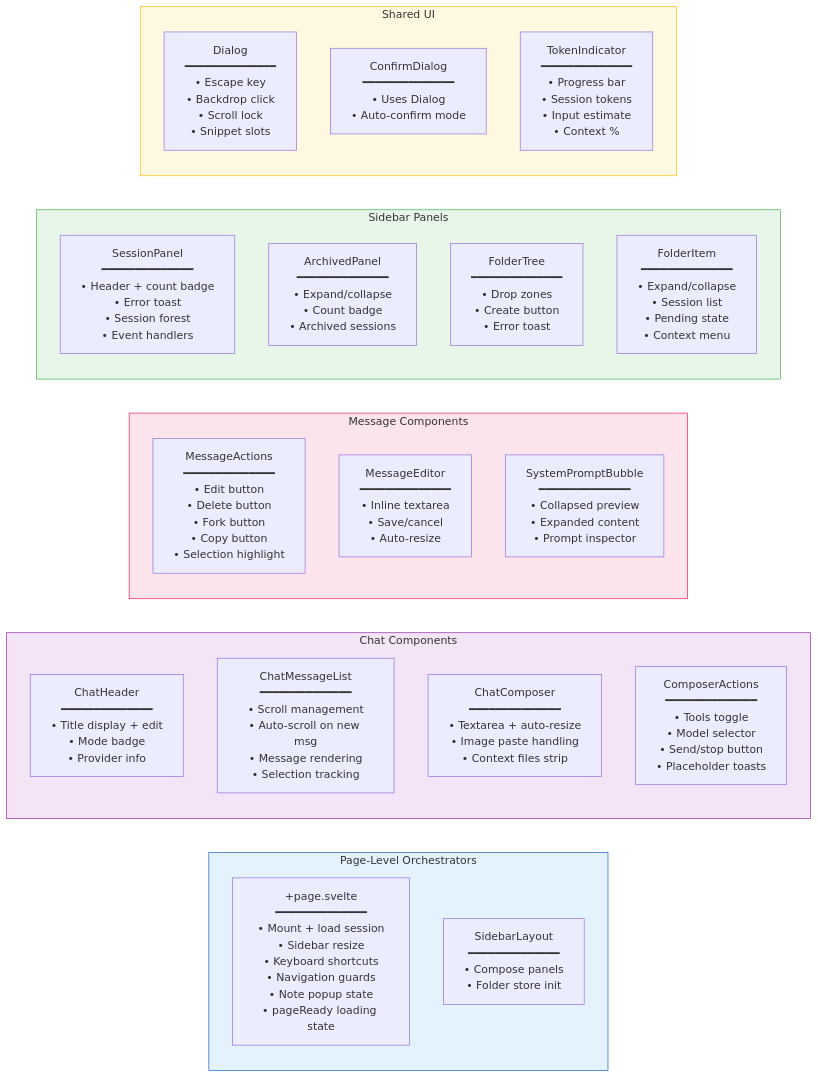
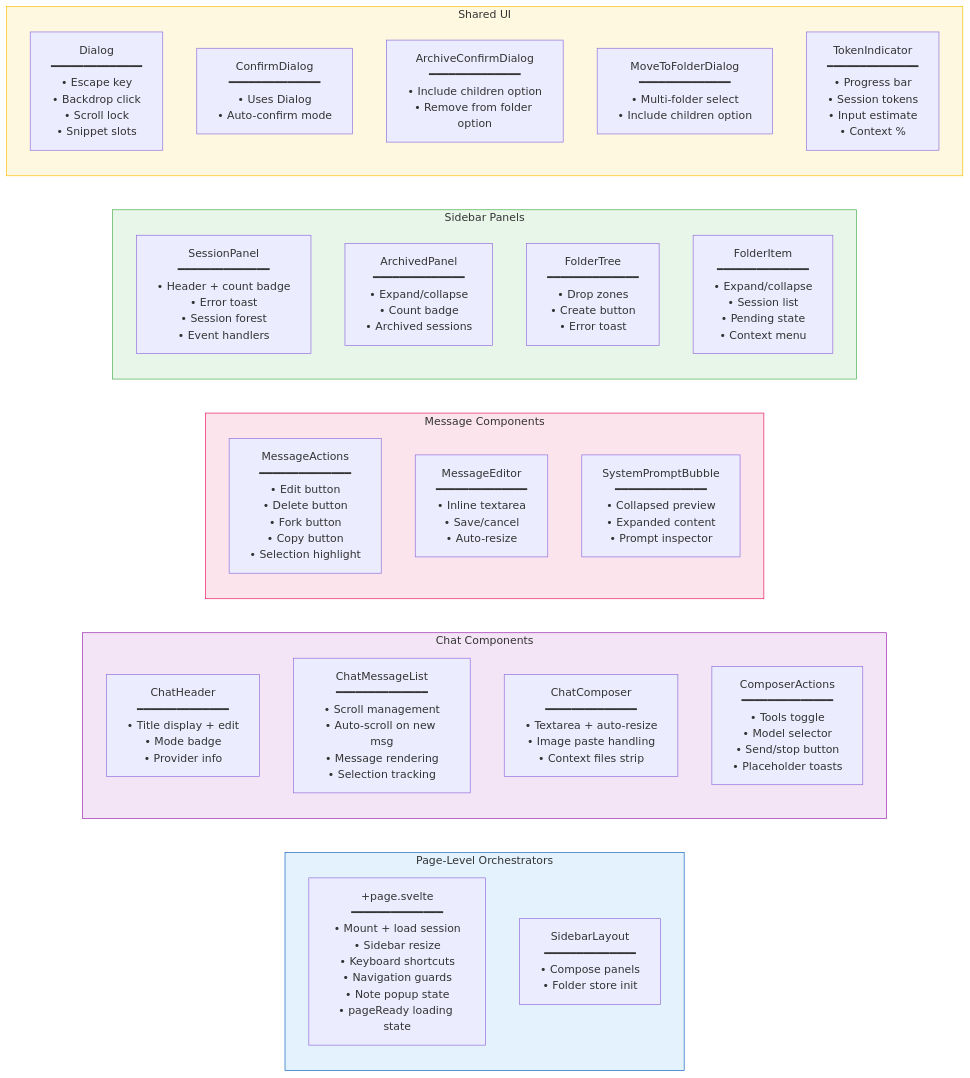
The eighth of 13 diagrams in kitchen-agent/docs/specs/frontend-diagrams.md (m1981/kuchnie), drawn with Mermaid before and after one commit. The commit also changed other lines of this file and 3 other files, not shown here.

First line of the commit message:
docs: update architecture diagrams for session state machine

````diff
--- a/kitchen-agent/docs/specs/frontend-diagrams.md
+++ b/kitchen-agent/docs/specs/frontend-diagrams.md
@@ -528,39 +528,41 @@
 ```mermaid
 graph LR
     subgraph Orchestration["Page-Level Orchestrators"]
         ChatPage["+page.svelte<br/>━━━━━━━━━━━━━━<br/>• Mount + load session<br/>• Sidebar resize<br/>• Keyboard shortcuts<br/>• Navigation guards<br/>• Note popup state<br/>• pageReady loading state"]
         SidebarLayout["SidebarLayout<br/>━━━━━━━━━━━━━━<br/>• Compose panels<br/>• Folder store init"]
     end
 
     subgraph ChatComponents["Chat Components"]
         ChatHeader["ChatHeader<br/>━━━━━━━━━━━━━━<br/>• Title display + edit<br/>• Mode badge<br/>• Provider info"]
         ChatMessageList["ChatMessageList<br/>━━━━━━━━━━━━━━<br/>• Scroll management<br/>• Auto-scroll on new msg<br/>• Message rendering<br/>• Selection tracking"]
         ChatComposer["ChatComposer<br/>━━━━━━━━━━━━━━<br/>• Textarea + auto-resize<br/>• Image paste handling<br/>• Context files strip"]
         ComposerActions["ComposerActions<br/>━━━━━━━━━━━━━━<br/>• Tools toggle<br/>• Model selector<br/>• Send/stop button<br/>• Placeholder toasts"]
     end
 
     subgraph MessageComponents["Message Components"]
         MessageActions["MessageActions<br/>━━━━━━━━━━━━━━<br/>• Edit button<br/>• Delete button<br/>• Fork button<br/>• Copy button<br/>• Selection highlight"]
         MessageEditor["MessageEditor<br/>━━━━━━━━━━━━━━<br/>• Inline textarea<br/>• Save/cancel<br/>• Auto-resize"]
         SystemPromptBubble["SystemPromptBubble<br/>━━━━━━━━━━━━━━<br/>• Collapsed preview<br/>• Expanded content<br/>• Prompt inspector"]
     end
 
     subgraph SidebarComponents["Sidebar Panels"]
         SessionPanel["SessionPanel<br/>━━━━━━━━━━━━━━<br/>• Header + count badge<br/>• Error toast<br/>• Session forest<br/>• Event handlers"]
         ArchivedPanel["ArchivedPanel<br/>━━━━━━━━━━━━━━<br/>• Expand/collapse<br/>• Count badge<br/>• Archived sessions"]
         FolderTree["FolderTree<br/>━━━━━━━━━━━━━━<br/>• Drop zones<br/>• Create button<br/>• Error toast"]
         FolderItem["FolderItem<br/>━━━━━━━━━━━━━━<br/>• Expand/collapse<br/>• Session list<br/>• Pending state<br/>• Context menu"]
     end
 
     subgraph UIComponents["Shared UI"]
         Dialog["Dialog<br/>━━━━━━━━━━━━━━<br/>• Escape key<br/>• Backdrop click<br/>• Scroll lock<br/>• Snippet slots"]
         ConfirmDialog["ConfirmDialog<br/>━━━━━━━━━━━━━━<br/>• Uses Dialog<br/>• Auto-confirm mode"]
+        ArchiveConfirmDialog["ArchiveConfirmDialog<br/>━━━━━━━━━━━━━━<br/>• Include children option<br/>• Remove from folder option"]
+        MoveToFolderDialog["MoveToFolderDialog<br/>━━━━━━━━━━━━━━<br/>• Multi-folder select<br/>• Include children option"]
         TokenIndicator["TokenIndicator<br/>━━━━━━━━━━━━━━<br/>• Progress bar<br/>• Session tokens<br/>• Input estimate<br/>• Context %"]
     end
 
     style Orchestration fill:#e3f2fd,stroke:#1565C0
     style ChatComponents fill:#f3e5f5,stroke:#9C27B0
     style MessageComponents fill:#fce4ec,stroke:#E91E63
     style SidebarComponents fill:#e8f5e9,stroke:#4CAF50
     style UIComponents fill:#fff8e1,stroke:#FFC107
 ```
````
